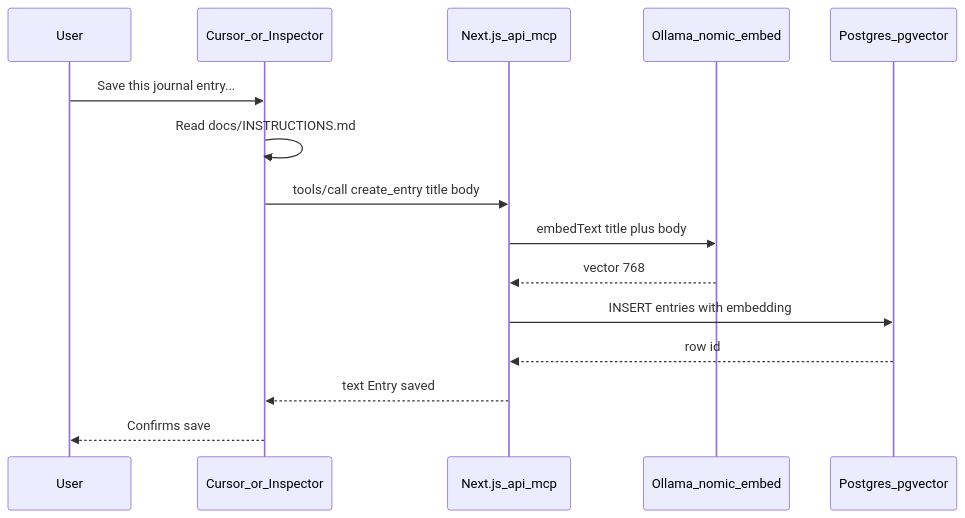
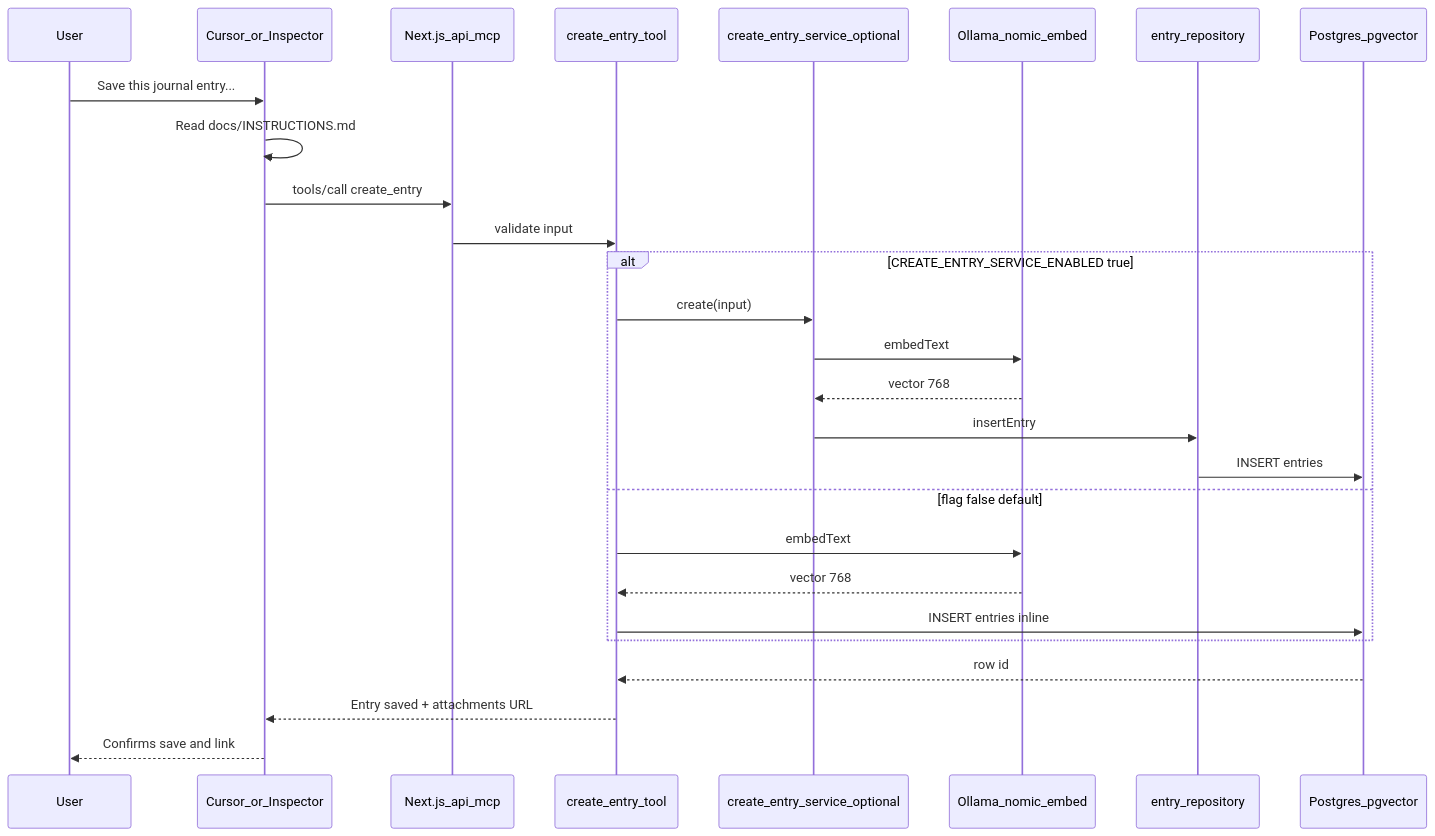
Before and after one commit to roussakov/journal: the fifth of 9 diagrams in ARCHITECTURE.md, drawn with Mermaid. The commit also changed other lines of this file and 32 other files, not shown here.

First line of the commit message:
feat(web): add photo attachments noop mvp for entries (#9)

````diff
--- a/ARCHITECTURE.md
+++ b/ARCHITECTURE.md
@@ -181,18 +181,30 @@
 ```mermaid
 sequenceDiagram
   participant User
   participant Host as Cursor_or_Inspector
   participant MCP as Next.js_api_mcp
+  participant Tool as create_entry_tool
+  participant Svc as create_entry_service_optional
   participant Embed as Ollama_nomic_embed
+  participant Repo as entry_repository
   participant DB as Postgres_pgvector
 
   User->>Host: Save this journal entry...
   Host->>Host: Read docs/INSTRUCTIONS.md
-  Host->>MCP: tools/call create_entry title body
-  MCP->>Embed: embedText title plus body
-  Embed-->>MCP: vector 768
-  MCP->>DB: INSERT entries with embedding
-  DB-->>MCP: row id
-  MCP-->>Host: text Entry saved
-  Host-->>User: Confirms save
+  Host->>MCP: tools/call create_entry
+  MCP->>Tool: validate input
+  alt CREATE_ENTRY_SERVICE_ENABLED true
+    Tool->>Svc: create(input)
+    Svc->>Embed: embedText
+    Embed-->>Svc: vector 768
+    Svc->>Repo: insertEntry
+    Repo->>DB: INSERT entries
+  else flag false default
+    Tool->>Embed: embedText
+    Embed-->>Tool: vector 768
+    Tool->>DB: INSERT entries inline
+  end
+  DB-->>Tool: row id
+  Tool-->>Host: Entry saved + attachments URL
+  Host-->>User: Confirms save and link
 ```
````
